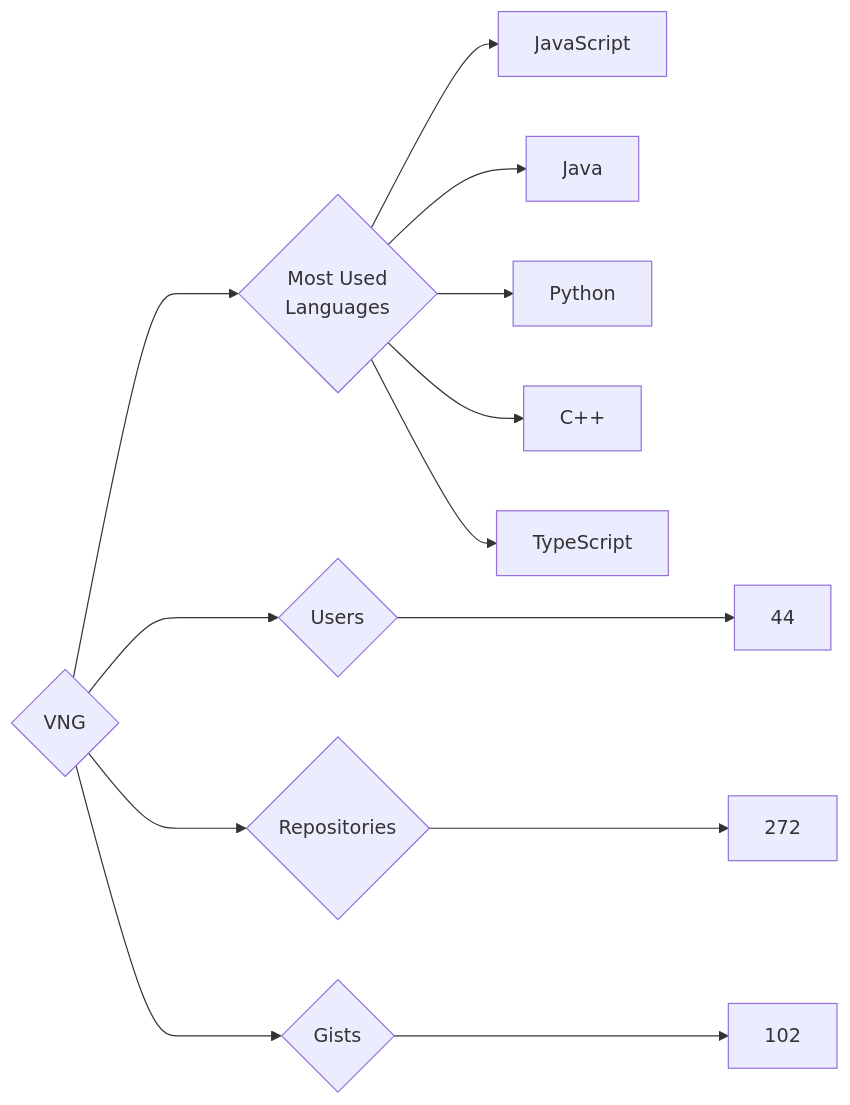
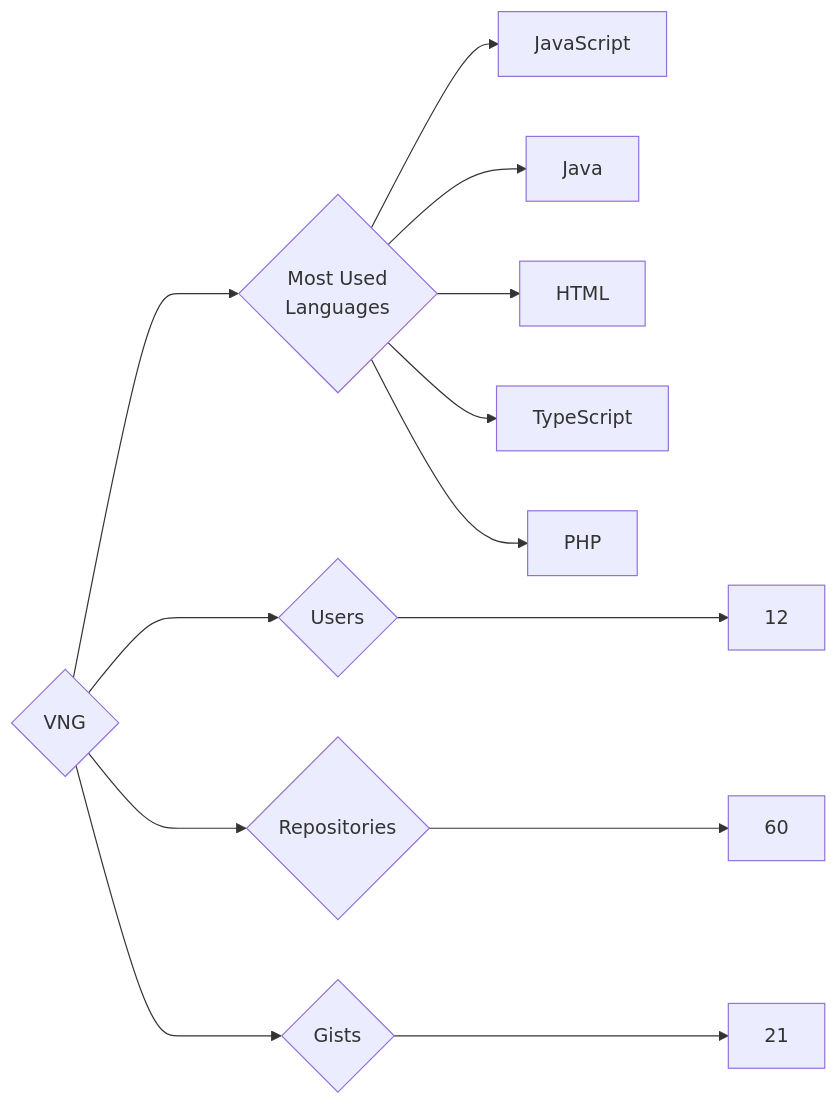
Before and after one commit to trickest/insiders: the diagram in targets/VNG/README.md, drawn with Mermaid. The commit also changed 695 other files, not shown here.

````diff
--- a/targets/VNG/README.md
+++ b/targets/VNG/README.md
@@ -3,13 +3,13 @@
 ```mermaid
 graph LR
 COMPANY_NAME{VNG}
-COMPANY_NAME ---> U{Users} ---> UN[44]
-COMPANY_NAME ---> R{Repositories} ---> RN[272]
-COMPANY_NAME ---> G{Gists} ---> GN[102]
+COMPANY_NAME ---> U{Users} ---> UN[12]
+COMPANY_NAME ---> R{Repositories} ---> RN[60]
+COMPANY_NAME ---> G{Gists} ---> GN[21]
 COMPANY_NAME ---> ML{Most Used<br>Languages}
 ML --> JavaScript[JavaScript]
 ML --> Java[Java]
-ML --> Python[Python]
-ML --> C++[C++]
+ML --> HTML[HTML]
 ML --> TypeScript[TypeScript]
+ML --> PHP[PHP]
 ```
````
